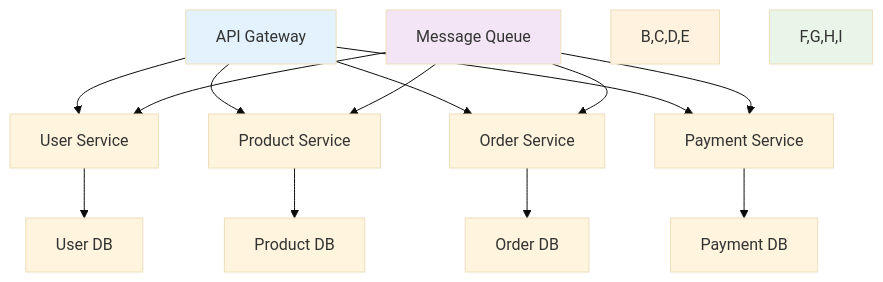
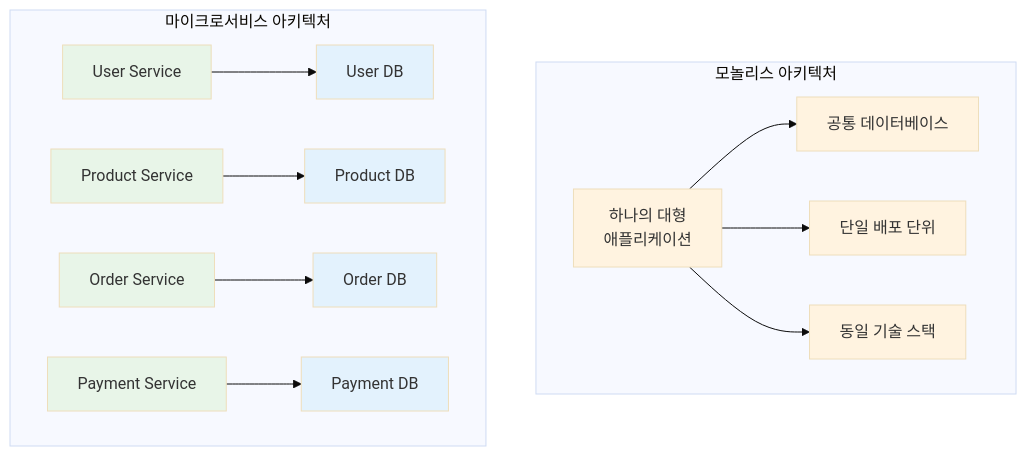
The third of 4 diagrams in theory/week_01/day4/session_2.md (niceguy61/kdt_devops_lecture_2025), drawn with Mermaid (base theme) before and after one commit. The commit also changed other lines of this file, not shown here.

Commit message:
mermaid style 오류 수정

````diff
--- a/theory/week_01/day4/session_2.md
+++ b/theory/week_01/day4/session_2.md
@@ -113,22 +120,28 @@
 ```mermaid
 graph TB
-    A[API Gateway] --> B[User Service]
-    A --> C[Product Service]
-    A --> D[Order Service]
-    A --> E[Payment Service]
+    subgraph "모놀리스 아키텍처"
+        A1[하나의 대형<br/>애플리케이션] --> A2[공통 데이터베이스]
+        A1 --> A3[단일 배포 단위]
+        A1 --> A4[동일 기술 스택]
+    end
     
-    B --> F[User DB]
-    C --> G[Product DB]
-    D --> H[Order DB]
-    E --> I[Payment DB]
+    subgraph "마이크로서비스 아키텍처"
+        B1[User Service] --> B5[User DB]
+        B2[Product Service] --> B6[Product DB]
+        B3[Order Service] --> B7[Order DB]
+        B4[Payment Service] --> B8[Payment DB]
+    end
     
-    J[Message Queue] --> B
-    J --> C
-    J --> D
-    J --> E
-    
-    style A fill:#e3f2fd
-    style B,C,D,E fill:#fff3e0
-    style F,G,H,I fill:#e8f5e8
-    style J fill:#f3e5f5
+    style A1 fill:#fff3e0
+    style A2 fill:#fff3e0
+    style A3 fill:#fff3e0
+    style A4 fill:#fff3e0
+    style B1 fill:#e8f5e8
+    style B2 fill:#e8f5e8
+    style B3 fill:#e8f5e8
+    style B4 fill:#e8f5e8
+    style B5 fill:#e3f2fd
+    style B6 fill:#e3f2fd
+    style B7 fill:#e3f2fd
+    style B8 fill:#e3f2fd
 ```
````
